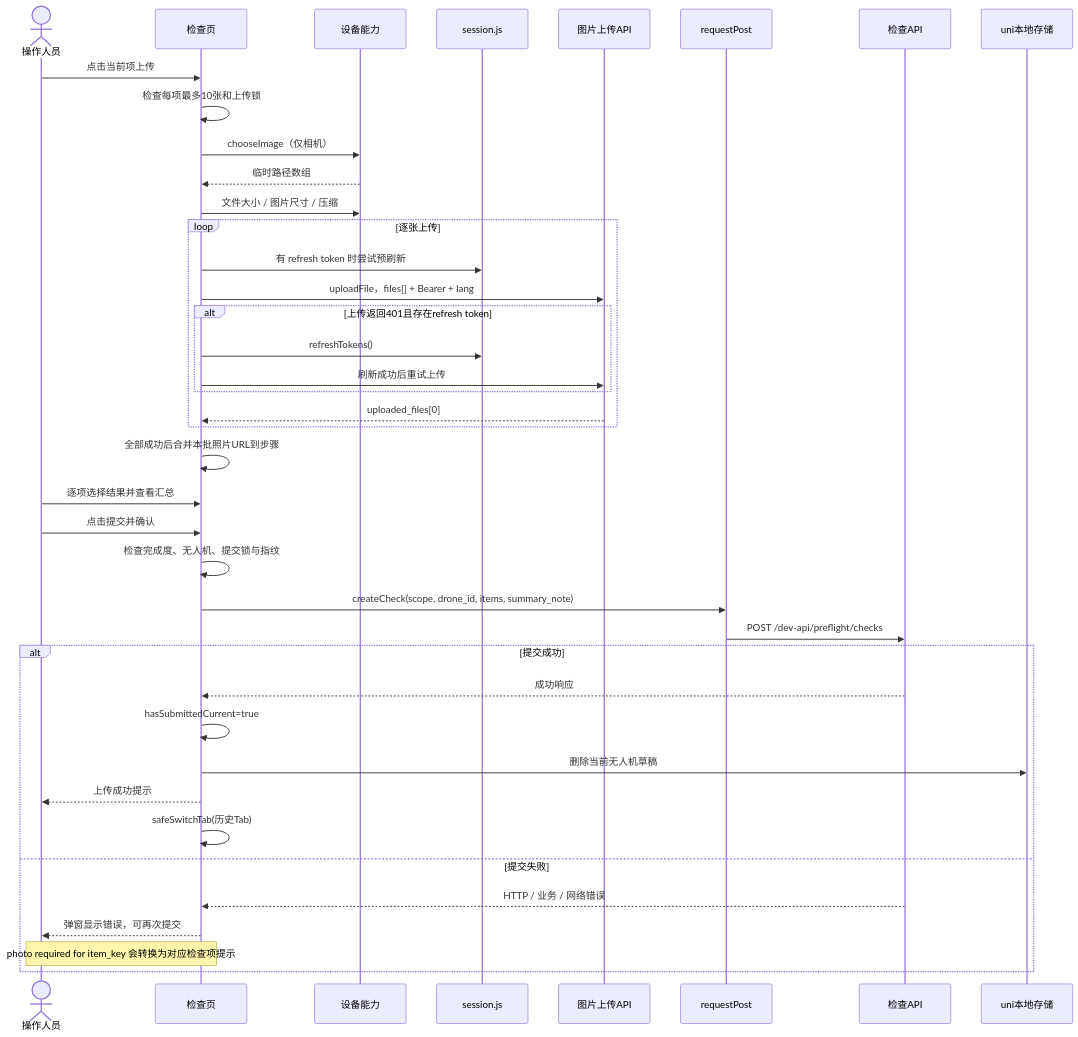
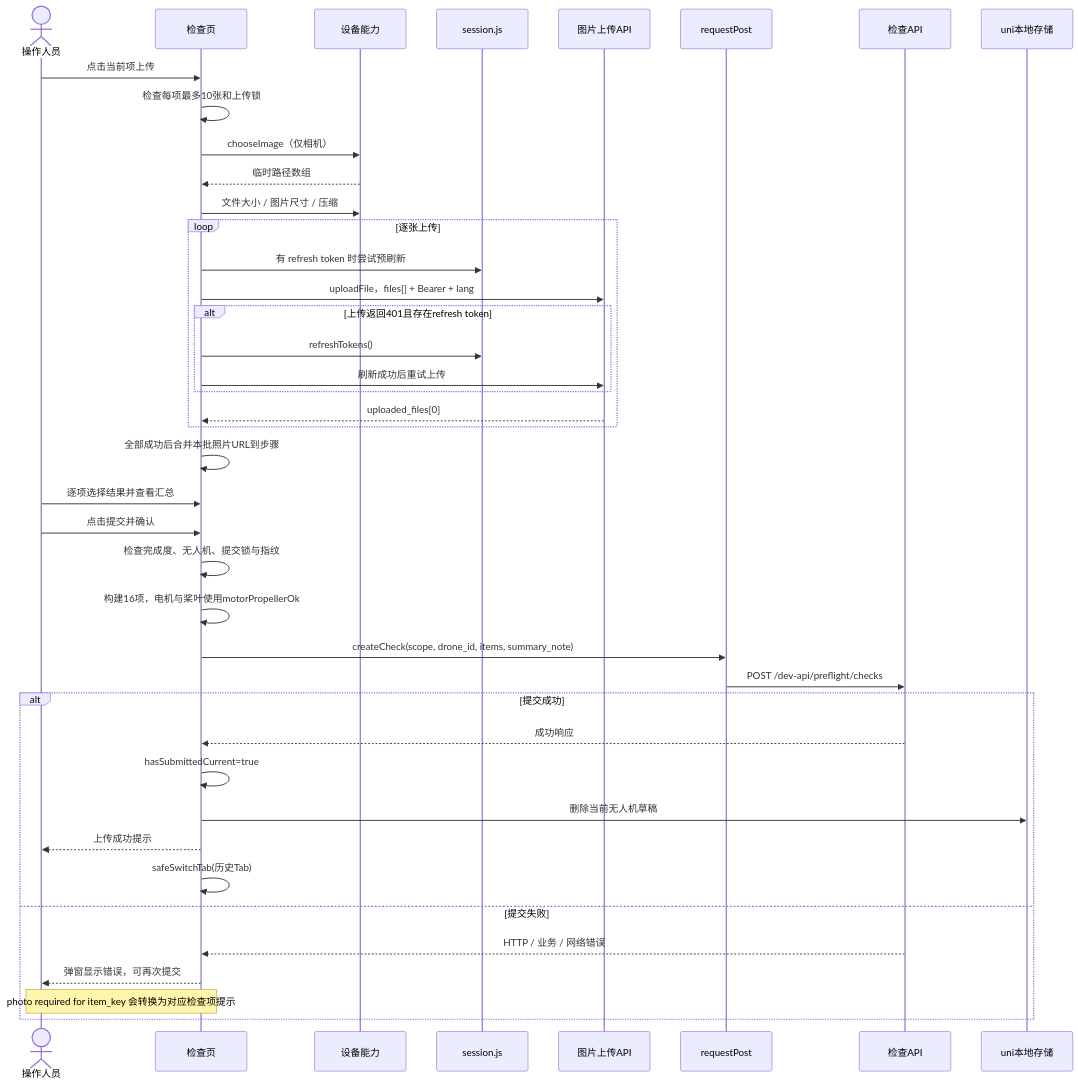
The sixth of 7 diagrams in doc/03-interactions.md (Vairsly/A2ZAPP), drawn with Mermaid before and after one commit. The commit also changed other lines of this file and 12 other files, not shown here.

````diff
--- a/doc/03-interactions.md
+++ b/doc/03-interactions.md
@@ -238,42 +238,43 @@
 ```mermaid
 sequenceDiagram
     actor U as 操作人员
     participant C as 检查页
     participant D as 设备能力
     participant S as session.js
     participant M as 图片上传API
     participant R as requestPost
     participant B as 检查API
     participant K as uni本地存储
     U->>C: 点击当前项上传
     C->>C: 检查每项最多10张和上传锁
     C->>D: chooseImage（仅相机）
     D-->>C: 临时路径数组
     C->>D: 文件大小 / 图片尺寸 / 压缩
     loop 逐张上传
         C->>S: 有 refresh token 时尝试预刷新
         C->>M: uploadFile，files[] + Bearer + lang
         alt 上传返回401且存在refresh token
             C->>S: refreshTokens()
             C->>M: 刷新成功后重试上传
         end
         M-->>C: uploaded_files[0]
     end
     C->>C: 全部成功后合并本批照片URL到步骤
     U->>C: 逐项选择结果并查看汇总
     U->>C: 点击提交并确认
     C->>C: 检查完成度、无人机、提交锁与指纹
+    C->>C: 构建16项，电机与桨叶使用motorPropellerOk
     C->>R: createCheck(scope, drone_id, items, summary_note)
     R->>B: POST /dev-api/preflight/checks
     alt 提交成功
         B-->>C: 成功响应
         C->>C: hasSubmittedCurrent=true
         C->>K: 删除当前无人机草稿
         C-->>U: 上传成功提示
         C->>C: safeSwitchTab(历史Tab)
     else 提交失败
         B-->>C: HTTP / 业务 / 网络错误
         C-->>U: 弹窗显示错误，可再次提交
         Note over C,U: photo required for item_key 会转换为对应检查项提示
     end
 ```
````
